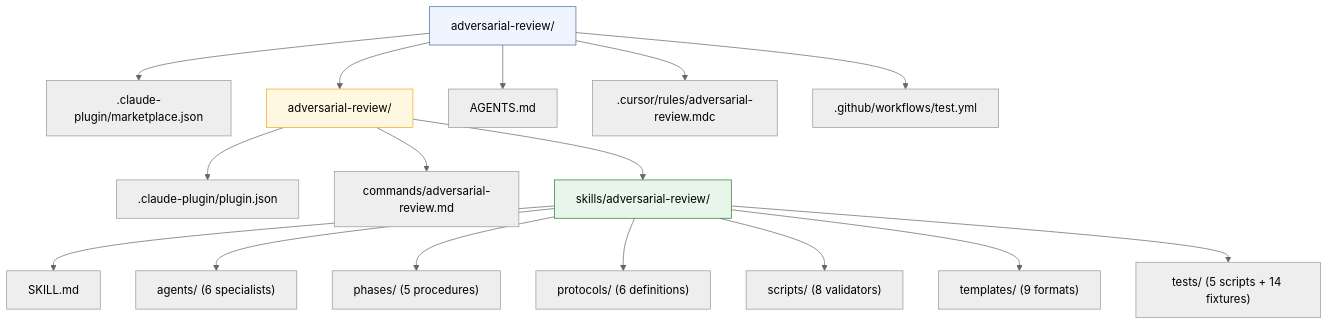
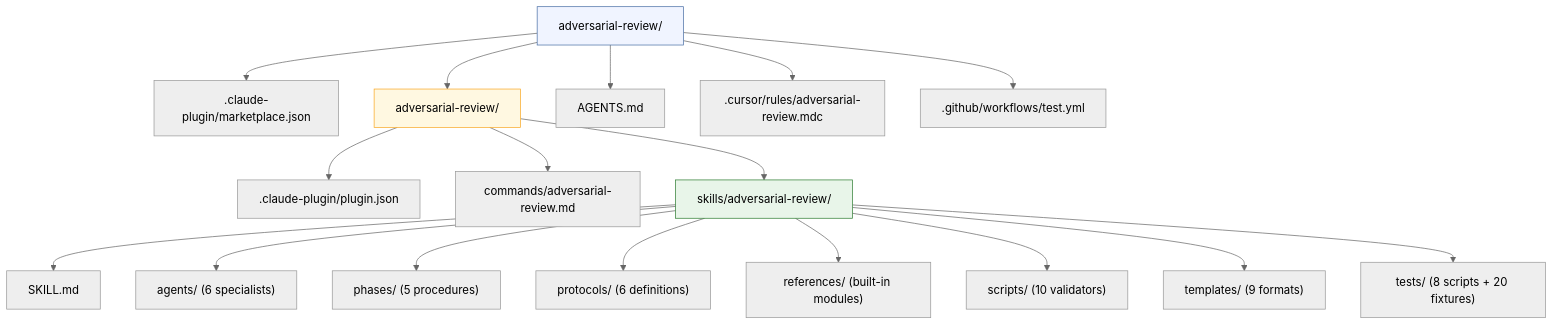
One commit to ugiordan/adversarial-reviewing changed the sixth of 6 diagrams in README.md. Above: the diagram before and after it, drawn with Mermaid (neutral theme). The commit also changed other lines of this file and 31 other files, not shown here.

````diff
--- a/README.md
+++ b/README.md
@@ -341,24 +383,25 @@
 ```mermaid
 graph TD
     ROOT["adversarial-review/"] --> MP[".claude-plugin/marketplace.json"]
     ROOT --> PLUGIN["adversarial-review/"]
     ROOT --> AGENTS["AGENTS.md"]
     ROOT --> CURSOR[".cursor/rules/adversarial-review.mdc"]
     ROOT --> CI[".github/workflows/test.yml"]
 
     PLUGIN --> PP[".claude-plugin/plugin.json"]
     PLUGIN --> CMD["commands/adversarial-review.md"]
     PLUGIN --> SKILL["skills/adversarial-review/"]
 
     SKILL --> SKILLMD["SKILL.md"]
     SKILL --> AG["agents/ (6 specialists)"]
     SKILL --> PH["phases/ (5 procedures)"]
     SKILL --> PR["protocols/ (6 definitions)"]
-    SKILL --> SC["scripts/ (8 validators)"]
+    SKILL --> RF["references/ (built-in modules)"]
+    SKILL --> SC["scripts/ (10 validators)"]
     SKILL --> TM["templates/ (9 formats)"]
-    SKILL --> TS["tests/ (5 scripts + 14 fixtures)"]
+    SKILL --> TS["tests/ (8 scripts + 20 fixtures)"]
 
     style ROOT fill:#f0f4ff,stroke:#4a6fa5
     style SKILL fill:#e8f5e9,stroke:#2e7d32
     style PLUGIN fill:#fff8e1,stroke:#f9a825
 ```
````
